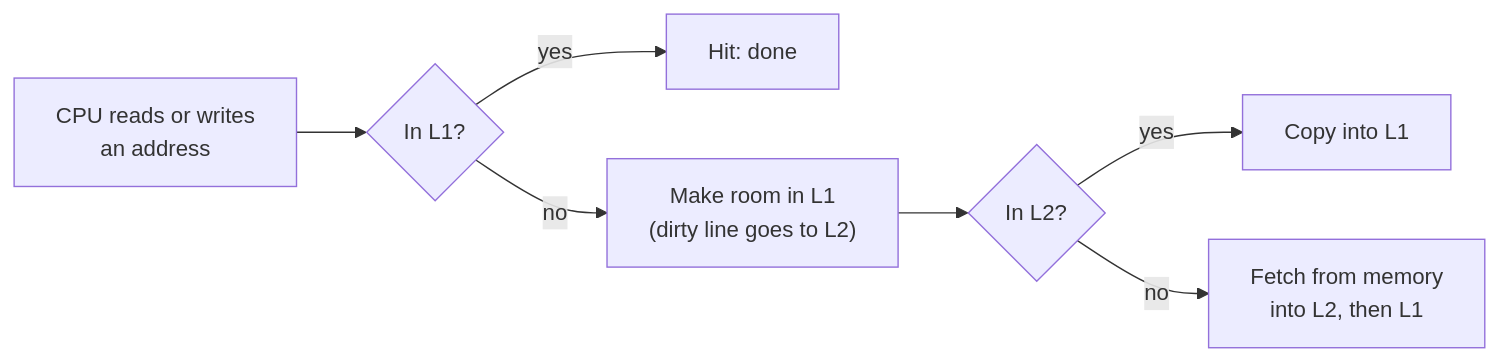
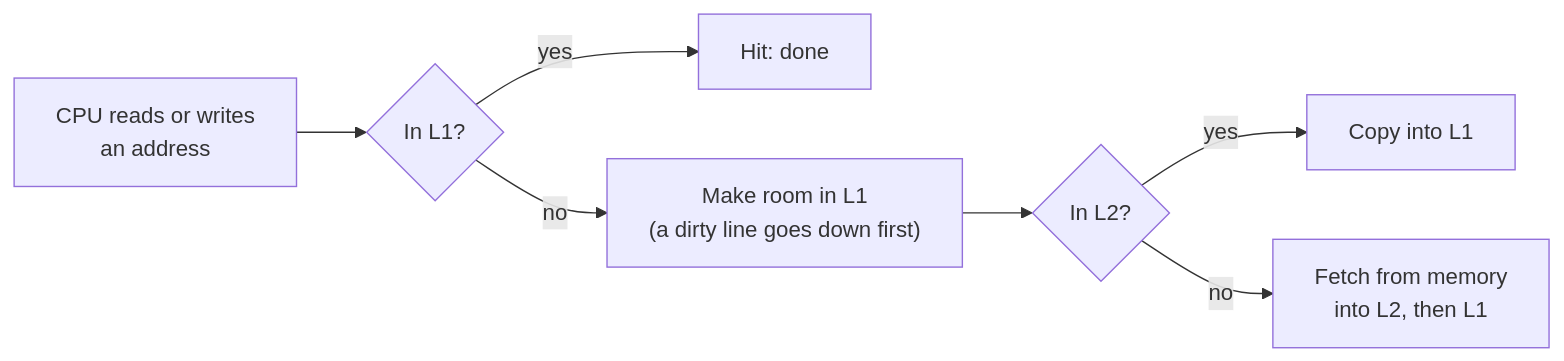
Before and after one commit to Code-r4Life/CacheSim: the second of 3 diagrams in docs/OVERVIEW.md, drawn with Mermaid. The commit also changed other lines of this file and 9 other files, not shown here.

Commit message:
docs: add ARCHITECTURE, AGENTS, NOTICE, repo structure; align docs with website + WASM

````diff
--- a/docs/OVERVIEW.md
+++ b/docs/OVERVIEW.md
@@ -15,9 +22,9 @@
 ```mermaid
 flowchart LR
     A["CPU reads or writes<br/>an address"] --> B{"In L1?"}
     B -- "yes" --> H["Hit: done"]
-    B -- "no" --> V["Make room in L1<br/>(dirty line goes to L2)"]
+    B -- "no" --> V["Make room in L1<br/>(a dirty line goes down first)"]
     V --> C{"In L2?"}
     C -- "yes" --> F["Copy into L1"]
     C -- "no" --> M["Fetch from memory<br/>into L2, then L1"]
 ```
````
